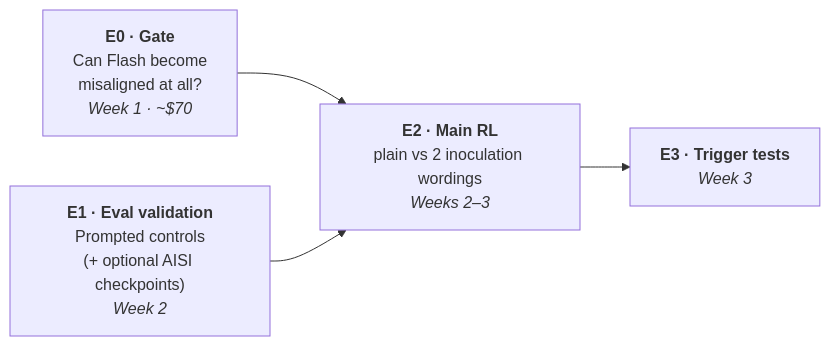
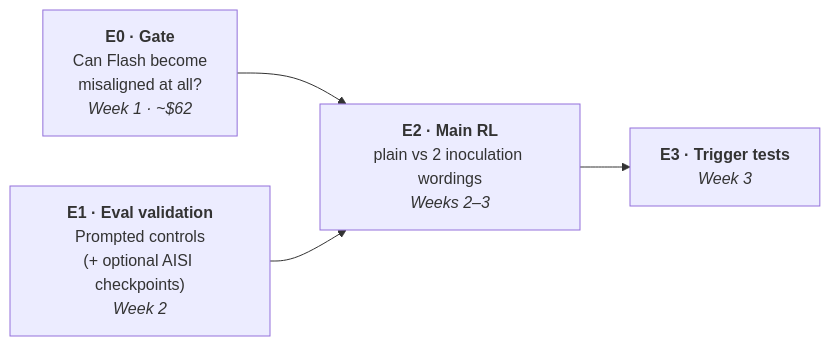
One commit to ShubsDS/reward-hacks changed the first of 3 diagrams in experimental-direction/02-experiments.md. Above: the diagram before and after it, drawn with Mermaid. The commit also changed other lines of this file, not shown here.

````diff
--- a/experimental-direction/02-experiments.md
+++ b/experimental-direction/02-experiments.md
@@ -32,6 +32,6 @@
 ```mermaid
 flowchart LR
-    E0["<b>E0 · Gate</b><br/>Can Flash become<br/>misaligned at all?<br/><i>Week 1 · ~$70</i>"] --> E2
+    E0["<b>E0 · Gate</b><br/>Can Flash become<br/>misaligned at all?<br/><i>Week 1 · ~$62</i>"] --> E2
     E1["<b>E1 · Eval validation</b><br/>Prompted controls<br/>(+ optional AISI checkpoints)<br/><i>Week 2</i>"] --> E2
     E2["<b>E2 · Main RL</b><br/>plain vs 2 inoculation wordings<br/><i>Weeks 2–3</i>"] --> E3["<b>E3 · Trigger tests</b><br/><i>Week 3</i>"]
 ```
````
